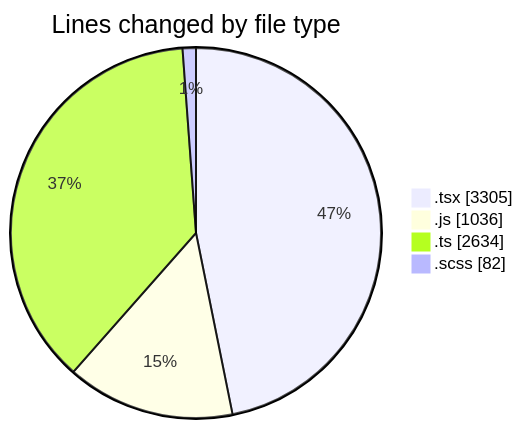
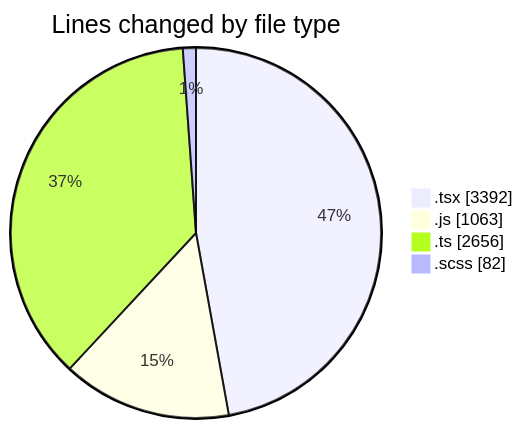
Before and after one commit to momahboobian/code-tracking: the first of 2 diagrams in 2026-10-07/cda/README.md, drawn with Mermaid. The commit also changed other lines of this file and 1 other file, not shown here.

````diff
--- a/2026-10-07/cda/README.md
+++ b/2026-10-07/cda/README.md
@@ -46,8 +46,8 @@
 ```mermaid
 pie showData
 title Lines changed by file type
-".tsx" : 3305
-".js" : 1036
-".ts" : 2634
+".tsx" : 3392
+".js" : 1063
+".ts" : 2656
 ".scss" : 82
 ```
````
